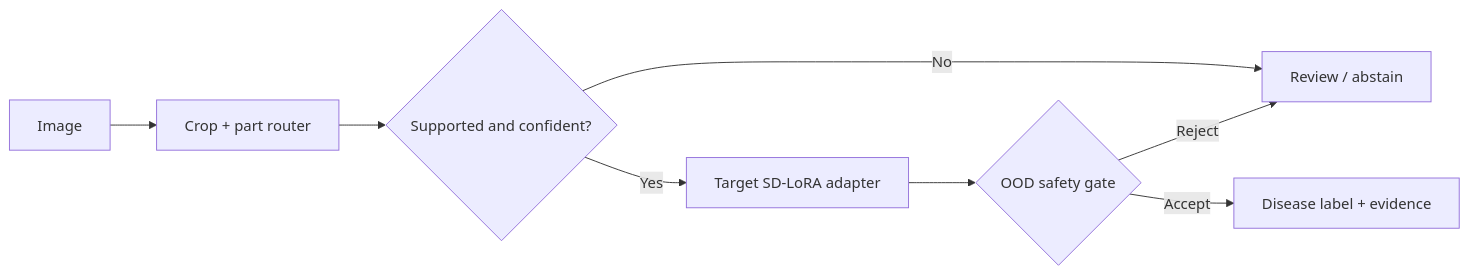
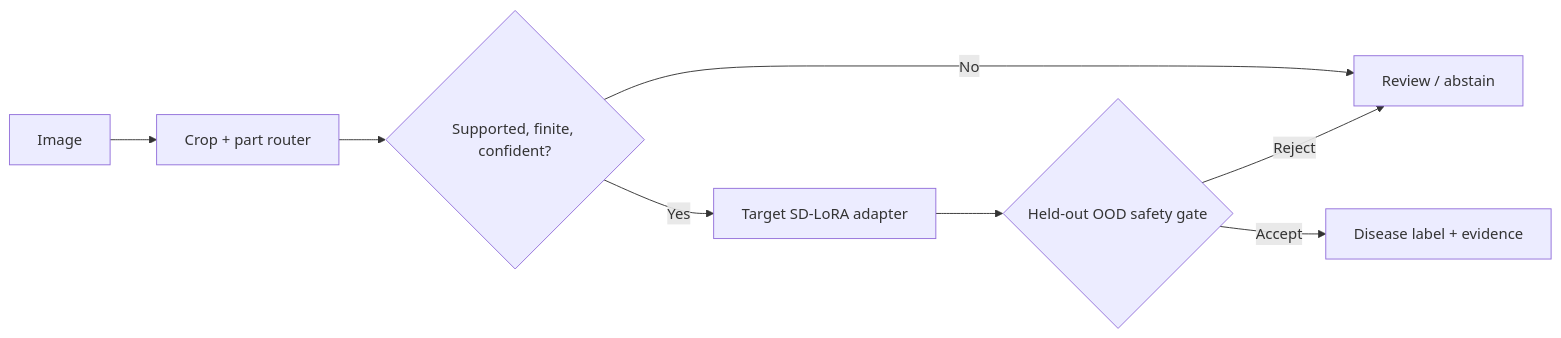
Before and after one commit to EfeErim/aads-open-world-plant-disease: the diagram in README.md, drawn with Mermaid. The commit also changed other lines of this file and 40 other files, not shown here.

````diff
--- a/README.md
+++ b/README.md
@@ -55,10 +72,10 @@
 ```mermaid
 flowchart LR
     A["Image"] --> B["Crop + part router"]
-    B --> C{"Supported and confident?"}
+    B --> C{"Supported, finite, confident?"}
     C -- "No" --> D["Review / abstain"]
     C -- "Yes" --> E["Target SD-LoRA adapter"]
-    E --> F{"OOD safety gate"}
+    E --> F{"Held-out OOD safety gate"}
     F -- "Reject" --> D
     F -- "Accept" --> G["Disease label + evidence"]
 ```
````
